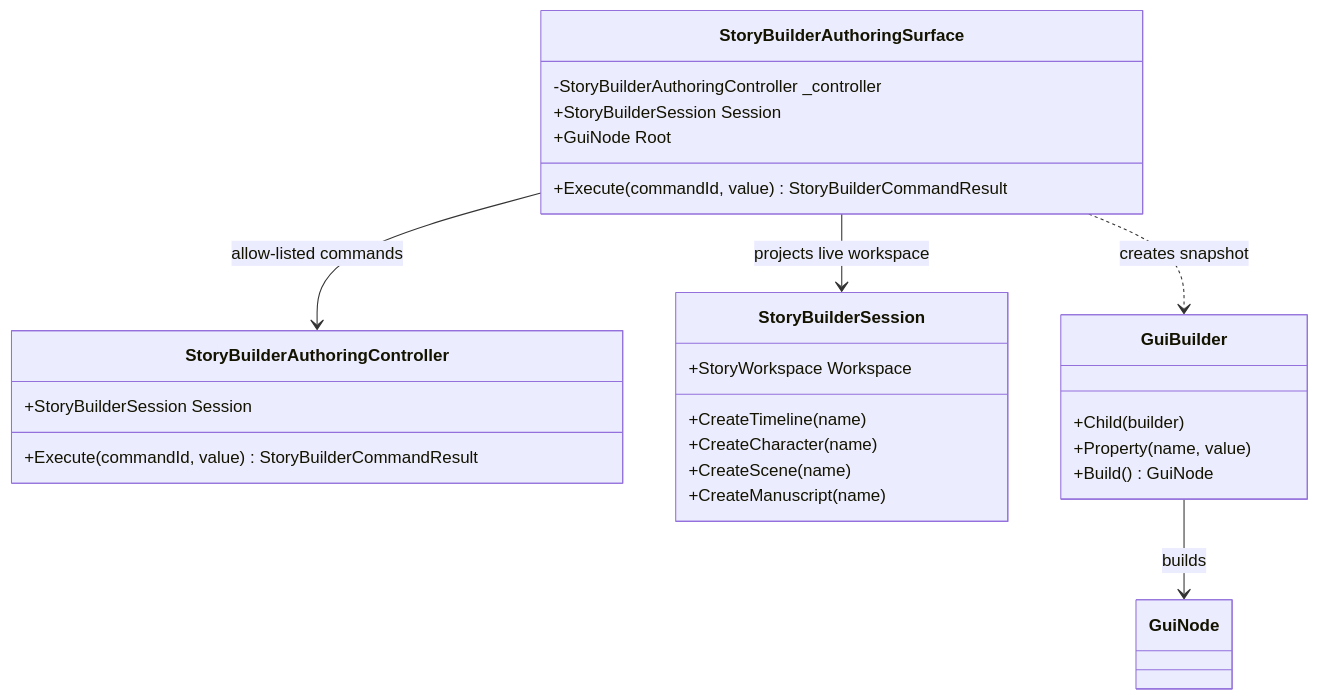
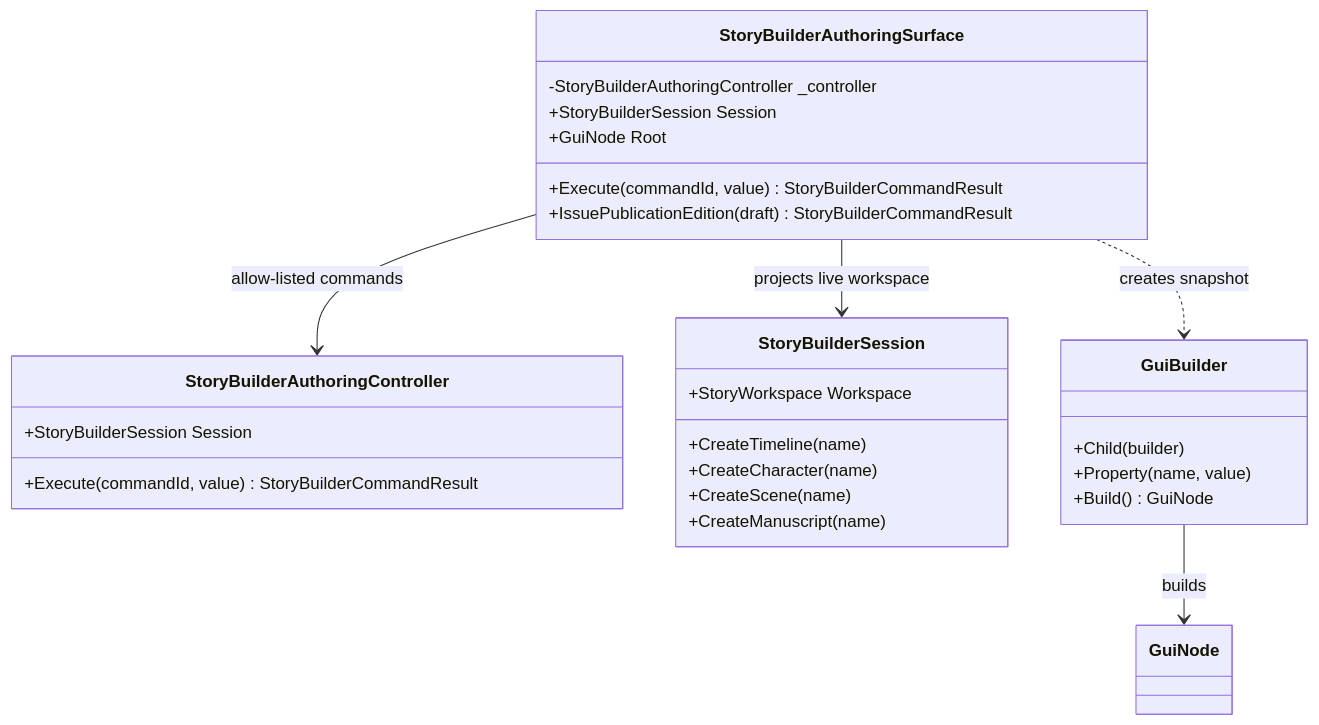
One commit to TrentBest/StoryBuilder changed the first of 2 diagrams in docs/UML/StoryBuilderAuthoringSurfaceUML.md. Above: the diagram before and after it, drawn with Mermaid.

Commit message:
Update semantic surface UML with typed publication operation

````diff
--- a/docs/UML/StoryBuilderAuthoringSurfaceUML.md
+++ b/docs/UML/StoryBuilderAuthoringSurfaceUML.md
@@ -7,30 +7,31 @@
 ```mermaid
 classDiagram
     class StoryBuilderAuthoringSurface {
         -StoryBuilderAuthoringController _controller
         +StoryBuilderSession Session
         +GuiNode Root
         +Execute(commandId, value) StoryBuilderCommandResult
+        +IssuePublicationEdition(draft) StoryBuilderCommandResult
     }
     class StoryBuilderAuthoringController {
         +StoryBuilderSession Session
         +Execute(commandId, value) StoryBuilderCommandResult
     }
     class StoryBuilderSession {
         +StoryWorkspace Workspace
         +CreateTimeline(name)
         +CreateCharacter(name)
         +CreateScene(name)
         +CreateManuscript(name)
     }
     class GuiBuilder {
         +Child(builder)
         +Property(name, value)
         +Build() GuiNode
     }
     class GuiNode
     StoryBuilderAuthoringSurface --> StoryBuilderAuthoringController : allow-listed commands
     StoryBuilderAuthoringSurface --> StoryBuilderSession : projects live workspace
     StoryBuilderAuthoringSurface ..> GuiBuilder : creates snapshot
     GuiBuilder --> GuiNode : builds
 ```
````
